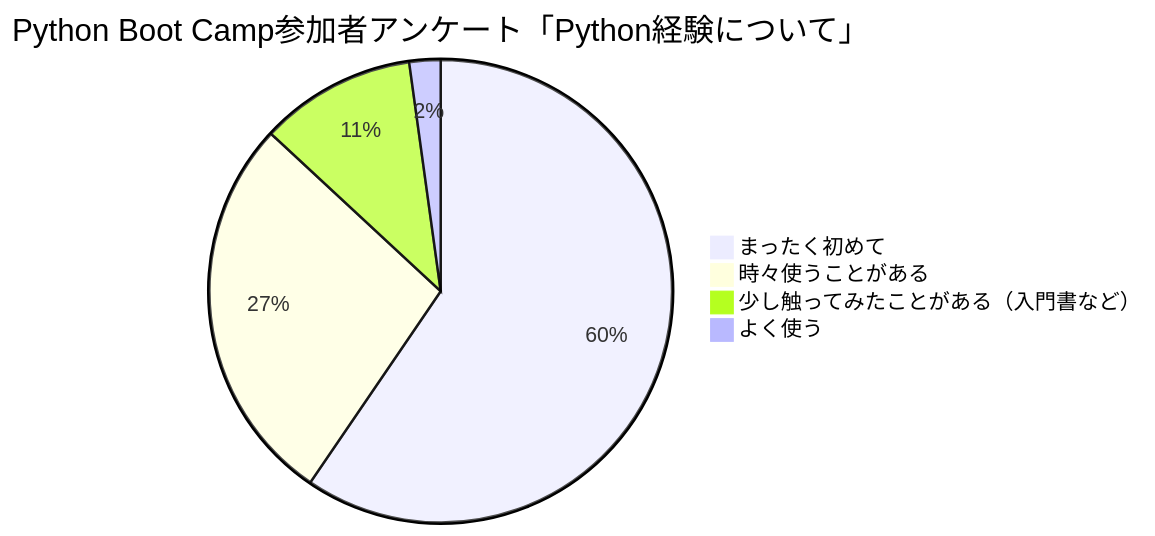
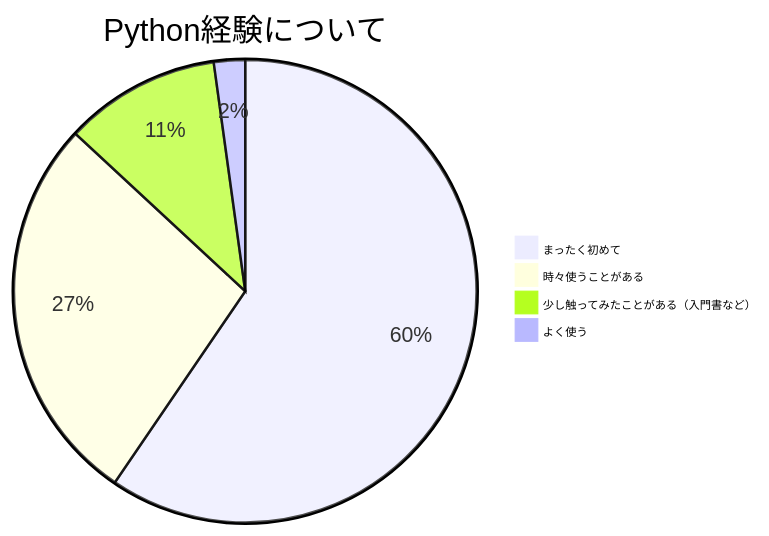
Before and after one commit to ryu22e/pyconapac2023-postersession-docs: the diagram in source/about/pycamp_survey1.mmd, drawn with Mermaid. The commit also changed 14 other files, not shown here.

```diff
--- a/source/about/pycamp_survey1.mmd
+++ b/source/about/pycamp_survey1.mmd
@@ -1,6 +1,7 @@
+%%{init: {"themeVariables": {"pieLegendTextSize": "9px"}} }%%
 pie
-    title Python Boot Camp参加者アンケート「Python経験について」
+    title Python経験について
     "まったく初めて" : 59.523809523809526
     "時々使うことがある" : 27.380952380952383
     "少し触ってみたことがある（入門書など）" : 10.912698412698413
     "よく使う" : 2.1825396825396823
```
